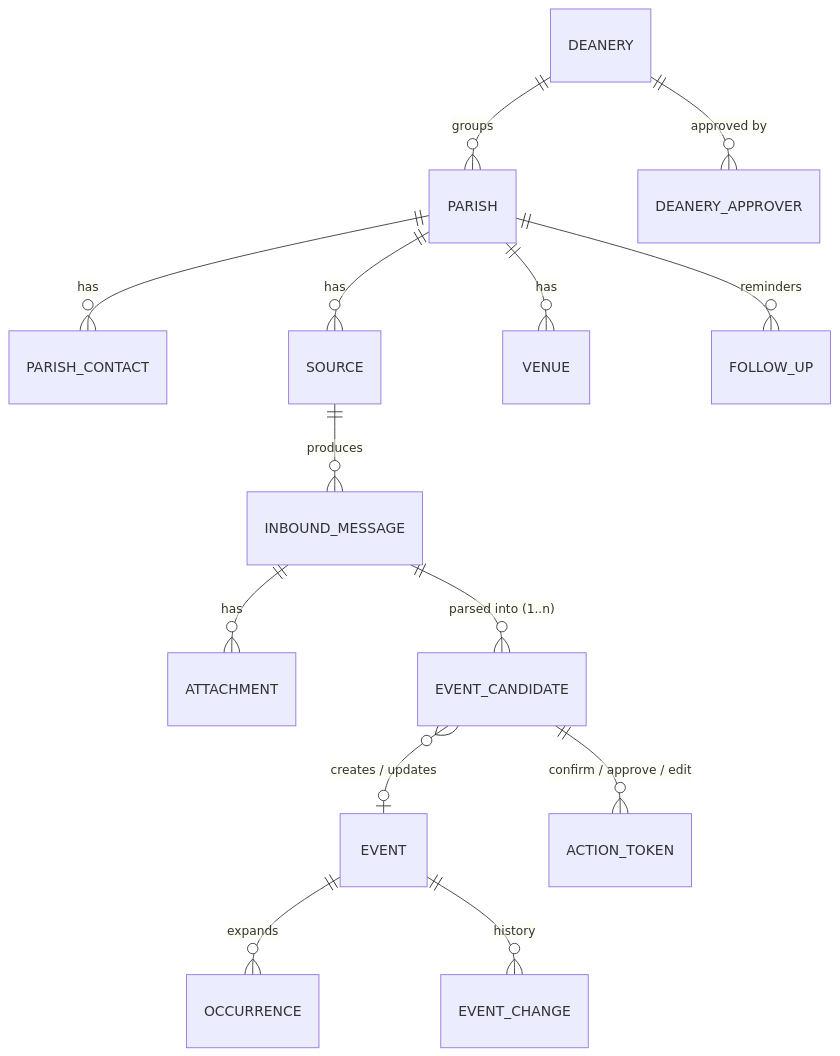
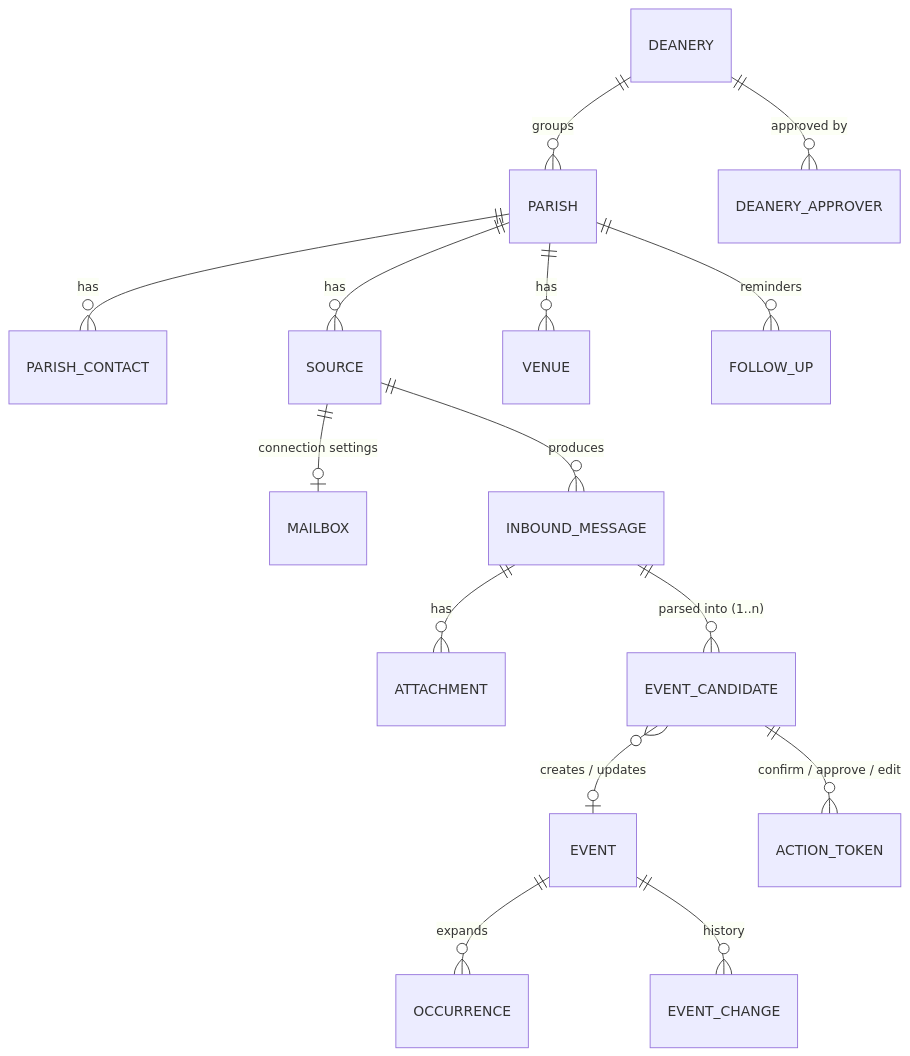
The first of 3 diagrams in docs/data-model.md (Archdiocese-of-Cape-Town/adct.org.za), drawn with Mermaid before and after one commit. The commit also changed other lines of this file and 23 other files, not shown here.

Commit message:
feat: add mailbox settings and connection tests

````diff
--- a/docs/data-model.md
+++ b/docs/data-model.md
@@ -11,16 +11,17 @@
 ```mermaid
 erDiagram
     DEANERY ||--o{ PARISH : groups
     DEANERY ||--o{ DEANERY_APPROVER : "approved by"
     PARISH ||--o{ PARISH_CONTACT : has
     PARISH ||--o{ SOURCE : has
+    SOURCE ||--o| MAILBOX : "connection settings"
     PARISH ||--o{ VENUE : has
     SOURCE ||--o{ INBOUND_MESSAGE : produces
     INBOUND_MESSAGE ||--o{ ATTACHMENT : has
     INBOUND_MESSAGE ||--o{ EVENT_CANDIDATE : "parsed into (1..n)"
     EVENT_CANDIDATE }o--o| EVENT : "creates / updates"
     EVENT ||--o{ OCCURRENCE : expands
     EVENT ||--o{ EVENT_CHANGE : "history"
     EVENT_CANDIDATE ||--o{ ACTION_TOKEN : "confirm / approve / edit"
     PARISH ||--o{ FOLLOW_UP : reminders
 ```
````
